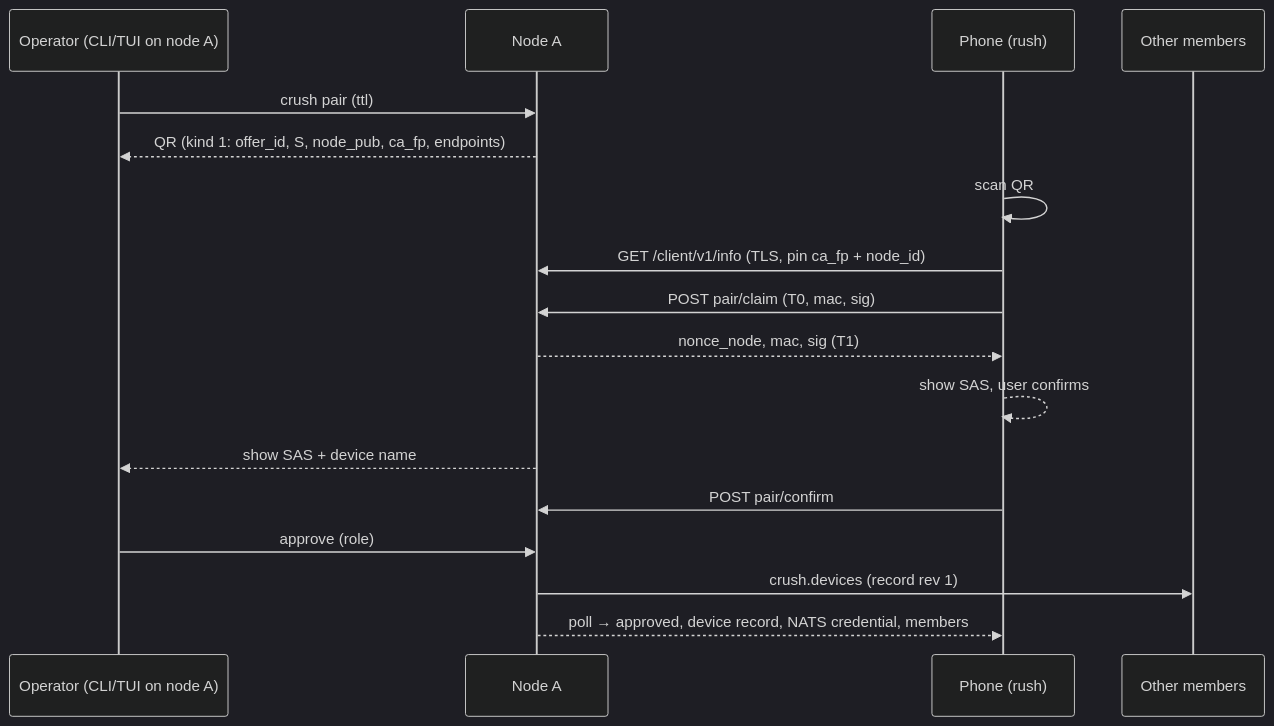
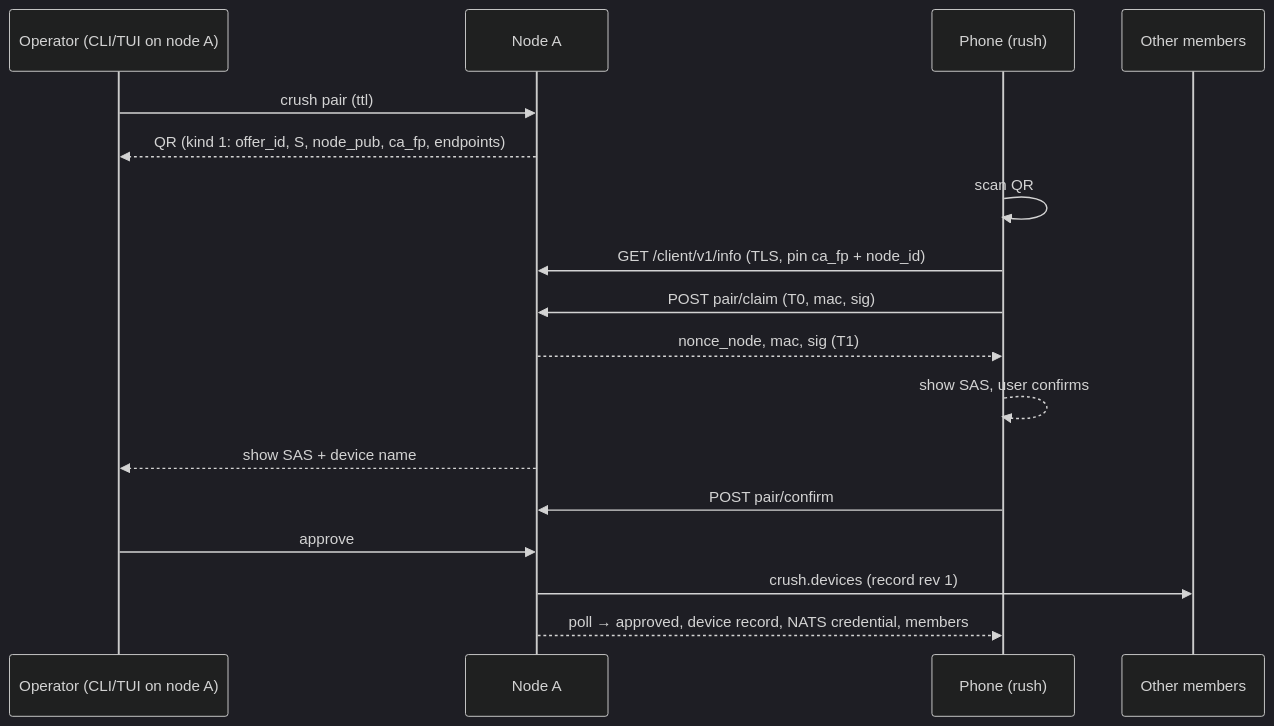
The diagram in docs/specs/MOBILE_PAIRING.md (taigrr/crush), drawn with Mermaid (dark theme) before and after one commit. The commit also changed other lines of this file and 1 other file, not shown here.

````diff
--- a/docs/specs/MOBILE_PAIRING.md
+++ b/docs/specs/MOBILE_PAIRING.md
@@ -396,19 +396,19 @@
 ```mermaid
 sequenceDiagram
     participant Op as Operator (CLI/TUI on node A)
     participant A as Node A
     participant P as Phone (rush)
     participant M as Other members
     Op->>A: crush pair (ttl)
     A-->>Op: QR (kind 1: offer_id, S, node_pub, ca_fp, endpoints)
     P->>P: scan QR
     P->>A: GET /client/v1/info (TLS, pin ca_fp + node_id)
     P->>A: POST pair/claim (T0, mac, sig)
     A-->>P: nonce_node, mac, sig (T1)
     P-->>P: show SAS, user confirms
     A-->>Op: show SAS + device name
     P->>A: POST pair/confirm
-    Op->>A: approve (role)
+    Op->>A: approve
     A->>M: crush.devices (record rev 1)
     A-->>P: poll → approved, device record, NATS credential, members
 ```
````
